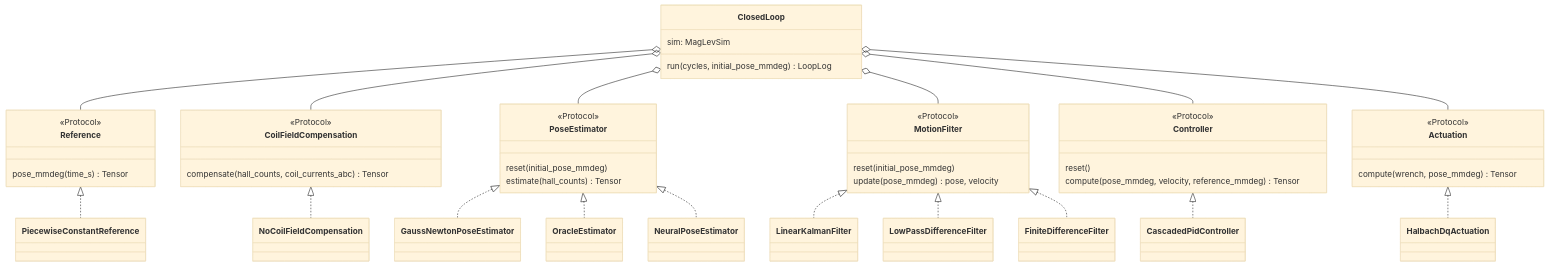
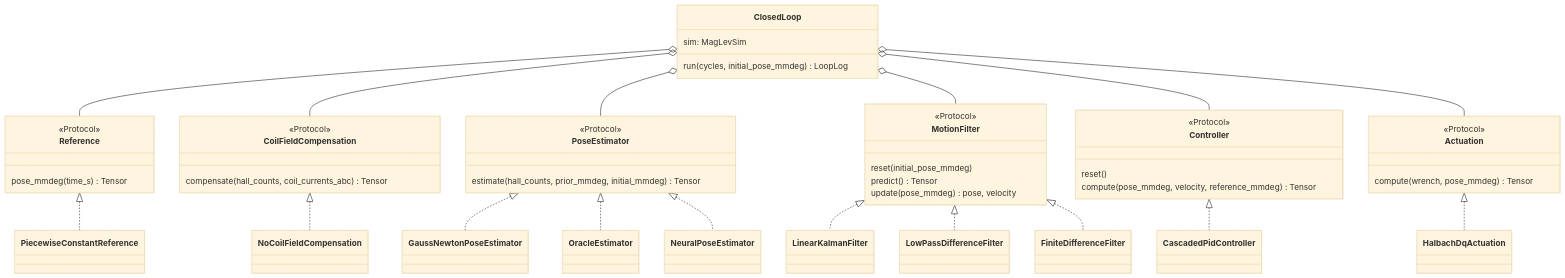
One commit to Verschnupft/MagLevClosedLoop changed the third of 5 diagrams in docs/architecture.md. Above: the diagram before and after it, drawn with Mermaid (base theme). The commit also changed other lines of this file and 12 other files, not shown here.

````diff
--- a/docs/architecture.md
+++ b/docs/architecture.md
@@ -152,52 +165,52 @@
 ```mermaid
 classDiagram
   class Reference {
     <<Protocol>>
     pose_mmdeg(time_s) Tensor
   }
   class CoilFieldCompensation {
     <<Protocol>>
     compensate(hall_counts, coil_currents_abc) Tensor
   }
   class PoseEstimator {
     <<Protocol>>
-    reset(initial_pose_mmdeg)
-    estimate(hall_counts) Tensor
+    estimate(hall_counts, prior_mmdeg, initial_mmdeg) Tensor
   }
   class MotionFilter {
     <<Protocol>>
     reset(initial_pose_mmdeg)
+    predict() Tensor
     update(pose_mmdeg) pose, velocity
   }
   class Controller {
     <<Protocol>>
     reset()
     compute(pose_mmdeg, velocity, reference_mmdeg) Tensor
   }
   class Actuation {
     <<Protocol>>
     compute(wrench, pose_mmdeg) Tensor
   }
   class ClosedLoop {
     sim: MagLevSim
     run(cycles, initial_pose_mmdeg) LoopLog
   }
 
   Reference <|.. PiecewiseConstantReference
   CoilFieldCompensation <|.. NoCoilFieldCompensation
   PoseEstimator <|.. GaussNewtonPoseEstimator
   PoseEstimator <|.. OracleEstimator
   PoseEstimator <|.. NeuralPoseEstimator
   MotionFilter <|.. LinearKalmanFilter
   MotionFilter <|.. LowPassDifferenceFilter
   MotionFilter <|.. FiniteDifferenceFilter
   Controller <|.. CascadedPidController
   Actuation <|.. HalbachDqActuation
 
   ClosedLoop o-- Reference
   ClosedLoop o-- CoilFieldCompensation
   ClosedLoop o-- PoseEstimator
   ClosedLoop o-- MotionFilter
   ClosedLoop o-- Controller
   ClosedLoop o-- Actuation
 ```
````
